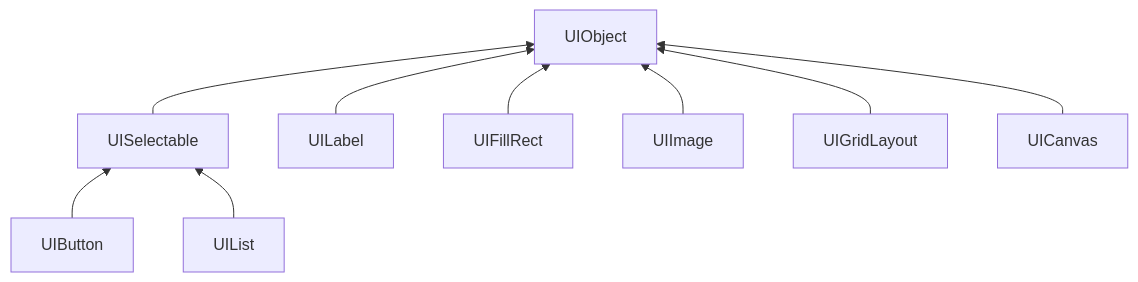
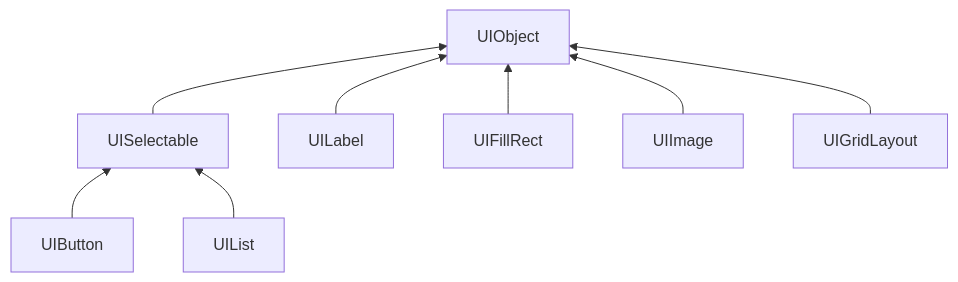
Before and after one commit to ArnaudBannier/space-pixels-sdl3: the second of 2 diagrams in docs/ui_guide_fr.md, drawn with Mermaid. The commit also changed other lines of this file, not shown here.

````diff
--- a/docs/ui_guide_fr.md
+++ b/docs/ui_guide_fr.md
@@ -69,12 +136,11 @@
 ```mermaid
 flowchart BT
   UISelectable --> UIObject
   UILabel --> UIObject
   UIFillRect --> UIObject
   UIImage --> UIObject
   UIGridLayout --> UIObject
-  UICanvas --> UIObject
 
   UIButton --> UISelectable
   UIList --> UISelectable
 ```
````
